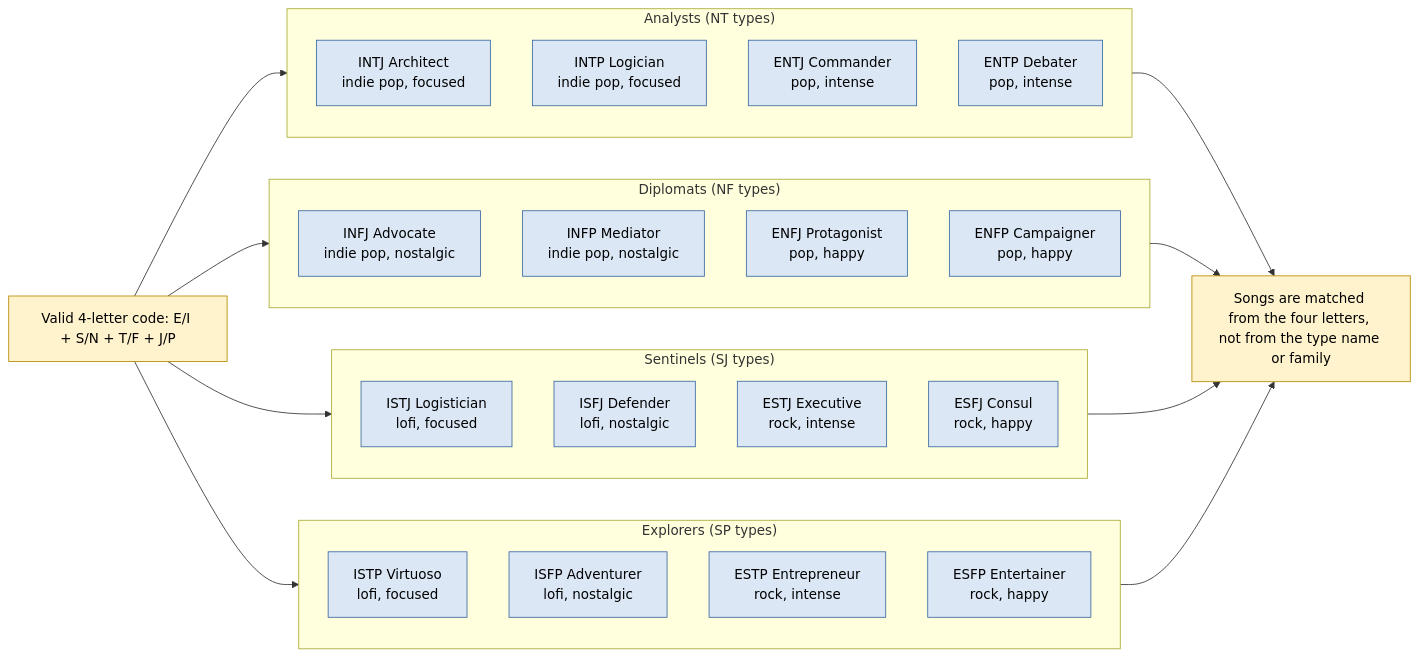
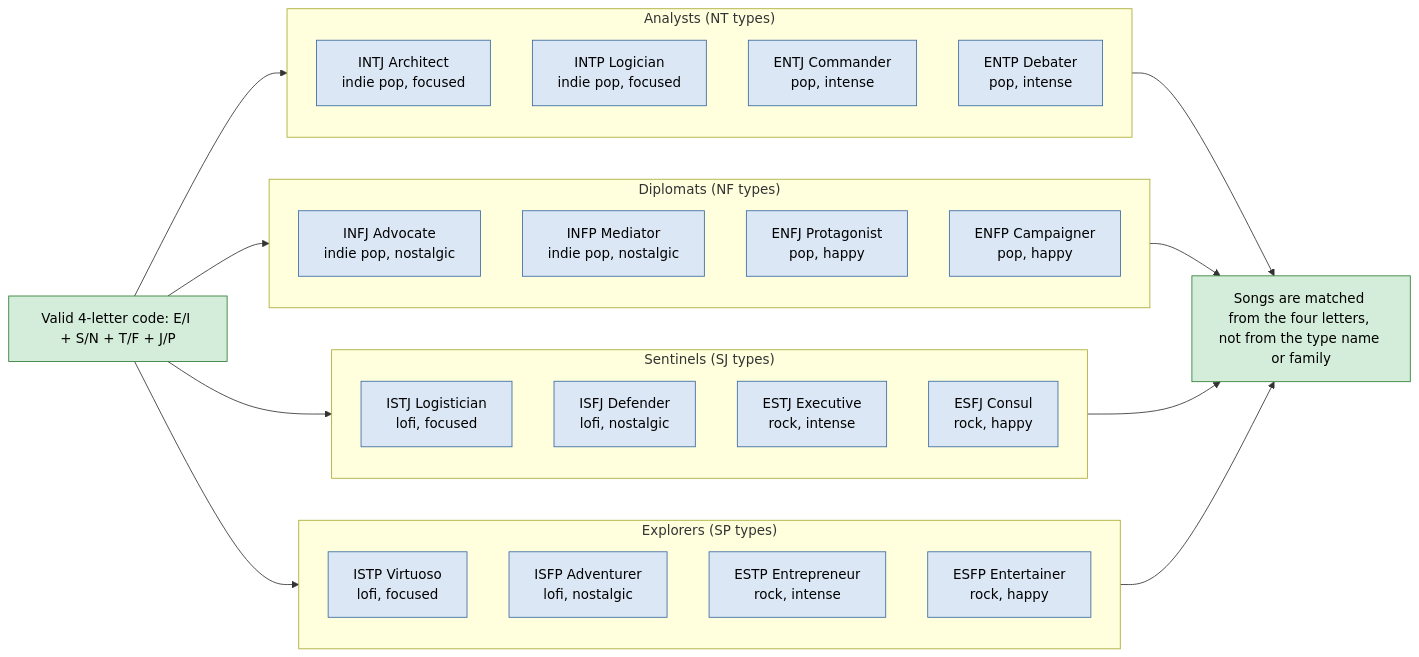
One commit to stylecoff/applied-ai-system-project-music-recommender changed the diagram in diagrams/mbti_types.mmd. Above: the diagram before and after it, drawn with Mermaid. The commit also changed 6 other files, not shown here.

Commit message:
Final project: docs, diagrams, and model card

```diff
--- a/diagrams/mbti_types.mmd
+++ b/diagrams/mbti_types.mmd
@@ -1,44 +1,44 @@
 flowchart LR
     CODE["Valid 4-letter code: E/I + S/N + T/F + J/P"] --> NT
     CODE --> NF
     CODE --> SJ
     CODE --> SP
 
     subgraph NT["Analysts (NT types)"]
         INTJ["INTJ Architect<br/>indie pop, focused"]
         INTP["INTP Logician<br/>indie pop, focused"]
         ENTJ["ENTJ Commander<br/>pop, intense"]
         ENTP["ENTP Debater<br/>pop, intense"]
     end
 
     subgraph NF["Diplomats (NF types)"]
         INFJ["INFJ Advocate<br/>indie pop, nostalgic"]
         INFP["INFP Mediator<br/>indie pop, nostalgic"]
         ENFJ["ENFJ Protagonist<br/>pop, happy"]
         ENFP["ENFP Campaigner<br/>pop, happy"]
     end
 
     subgraph SJ["Sentinels (SJ types)"]
         ISTJ["ISTJ Logistician<br/>lofi, focused"]
         ISFJ["ISFJ Defender<br/>lofi, nostalgic"]
         ESTJ["ESTJ Executive<br/>rock, intense"]
         ESFJ["ESFJ Consul<br/>rock, happy"]
     end
 
     subgraph SP["Explorers (SP types)"]
         ISTP["ISTP Virtuoso<br/>lofi, focused"]
         ISFP["ISFP Adventurer<br/>lofi, nostalgic"]
         ESTP["ESTP Entrepreneur<br/>rock, intense"]
         ESFP["ESFP Entertainer<br/>rock, happy"]
     end
 
     NT --> PROFILE
     NF --> PROFILE
     SJ --> PROFILE
     SP --> PROFILE
     PROFILE["Songs are matched from the four letters, not from the type name or family"]
 
     classDef ref fill:#dbe7f5,stroke:#3b6aa0,color:#000
-    classDef planned fill:#fff3cd,stroke:#b58900,color:#000
-    class CODE,PROFILE planned
+    classDef built fill:#d4edda,stroke:#2e7d32,color:#000
+    class CODE,PROFILE built
     class INTJ,INTP,ENTJ,ENTP,INFJ,INFP,ENFJ,ENFP,ISTJ,ISFJ,ESTJ,ESFJ,ISTP,ISFP,ESTP,ESFP ref
```
